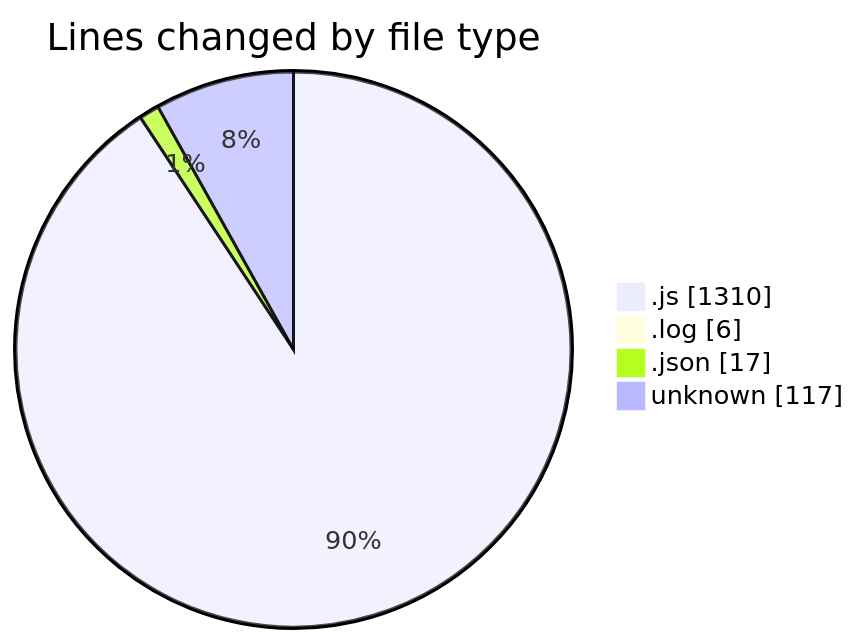
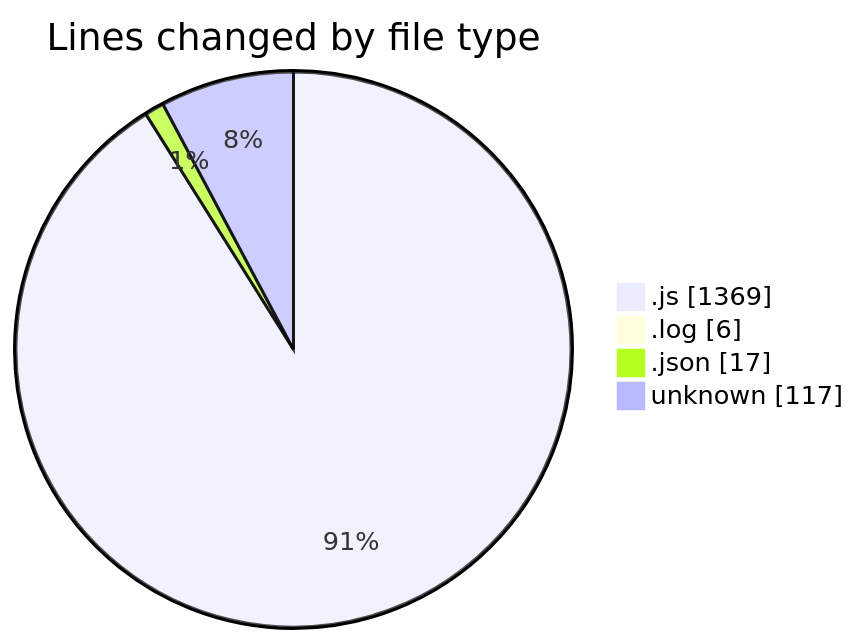
Before and after one commit to BS-eng2023/code-tracking: the first of 2 diagrams in 2025-03-31/jsvms/README.md, drawn with Mermaid. The commit also changed other lines of this file and 1 other file, not shown here.

````diff
--- a/2025-03-31/jsvms/README.md
+++ b/2025-03-31/jsvms/README.md
@@ -38,8 +38,8 @@
 ```mermaid
 pie showData
 title Lines changed by file type
-".js" : 1310
+".js" : 1369
 ".log" : 6
 ".json" : 17
 "unknown" : 117
 ```
````
